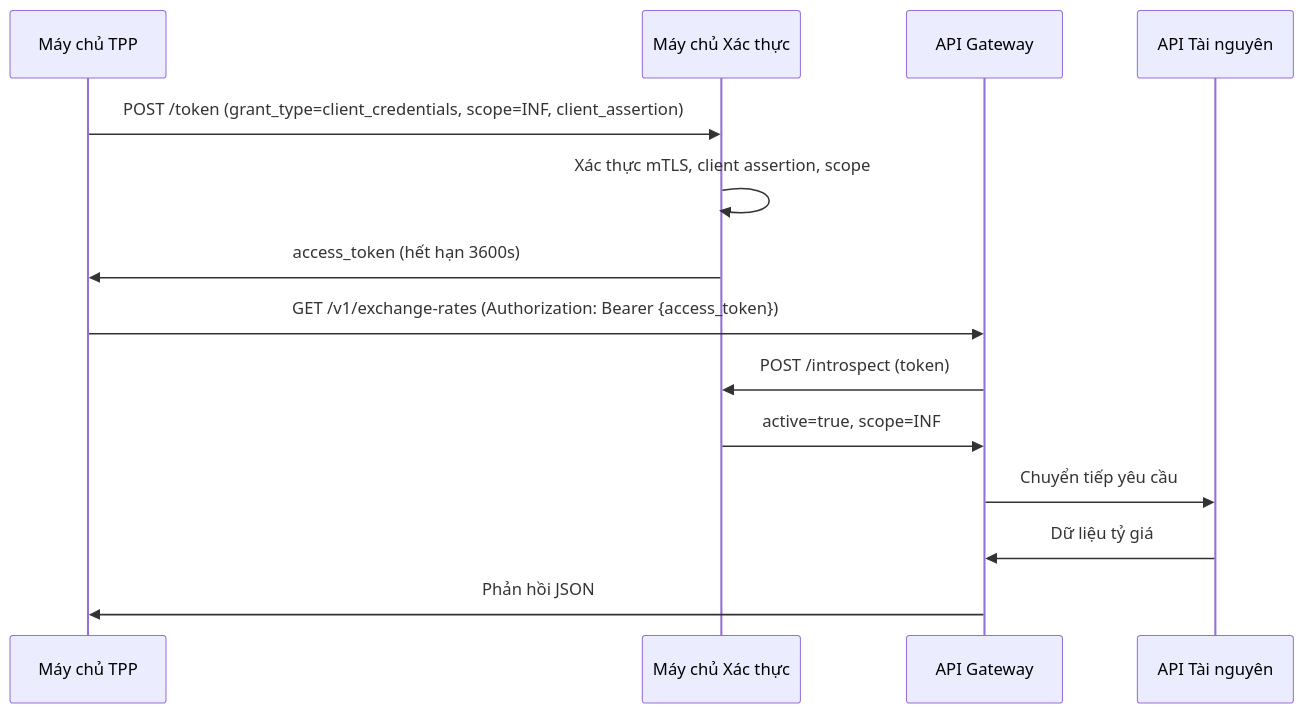
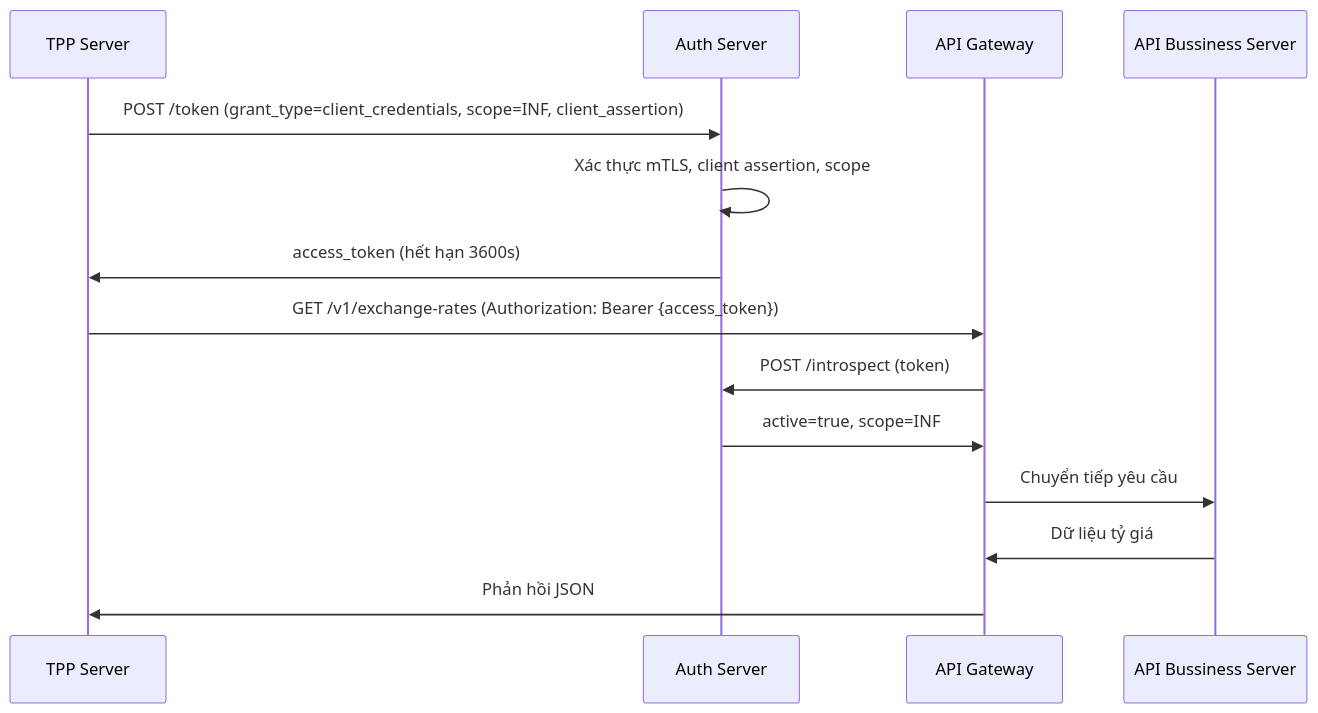
The second of 4 diagrams in 02-Bao-mat-va-Xac-thuc-new.md (huuhoait/openbanking-vn-specs), drawn with Mermaid before and after one commit.

````diff
--- a/02-Bao-mat-va-Xac-thuc-new.md
+++ b/02-Bao-mat-va-Xac-thuc-new.md
@@ -177,18 +177,18 @@
 ```mermaid
 sequenceDiagram
-    participant TPP as Máy chủ TPP
-    participant AuthServer as Máy chủ Xác thực
+    participant TPP as TPP Server
+    participant AuthServer as Auth Server
     participant API as API Gateway
-    participant ResourceAPI as API Tài nguyên
+    participant ResourceAPI as API Bussiness Server
     
     TPP->>AuthServer: POST /token (grant_type=client_credentials, scope=INF, client_assertion)
     AuthServer->>AuthServer: Xác thực mTLS, client assertion, scope
     AuthServer->>TPP: access_token (hết hạn 3600s)
     
     TPP->>API: GET /v1/exchange-rates (Authorization: Bearer {access_token})
     API->>AuthServer: POST /introspect (token)
     AuthServer->>API: active=true, scope=INF
     API->>ResourceAPI: Chuyển tiếp yêu cầu
     ResourceAPI->>API: Dữ liệu tỷ giá
     API->>TPP: Phản hồi JSON
 ```
````
